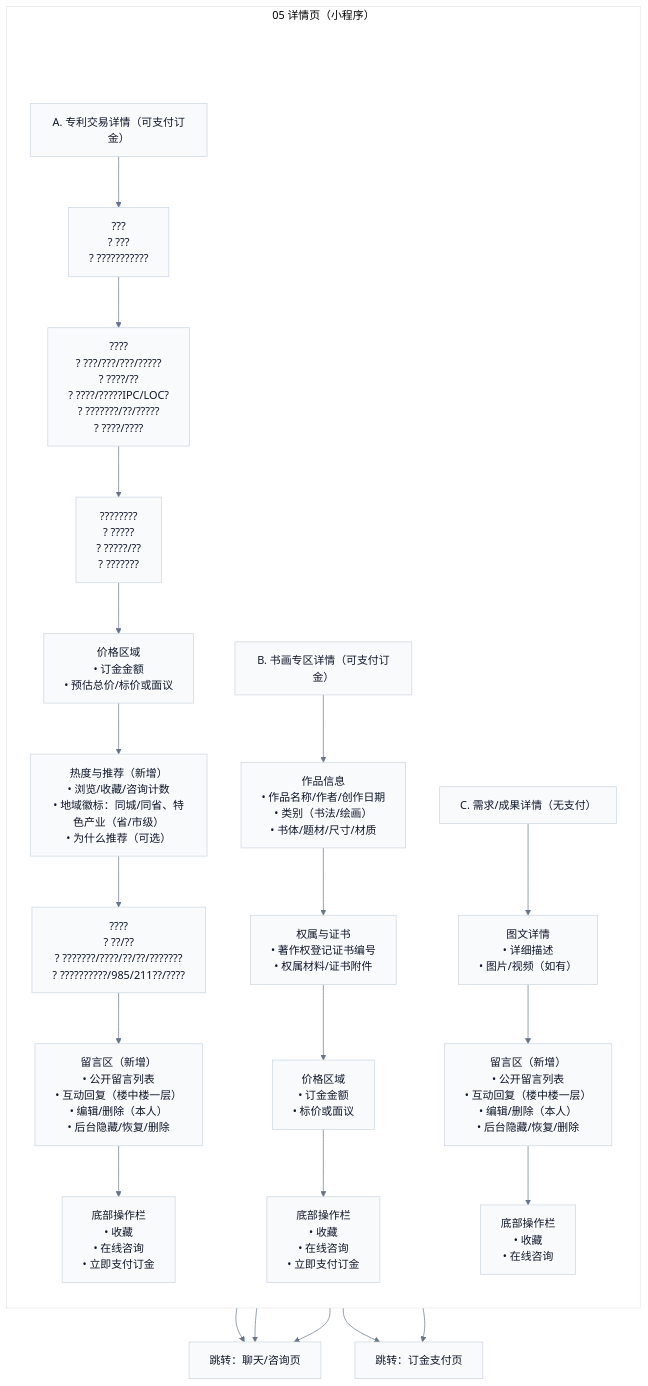
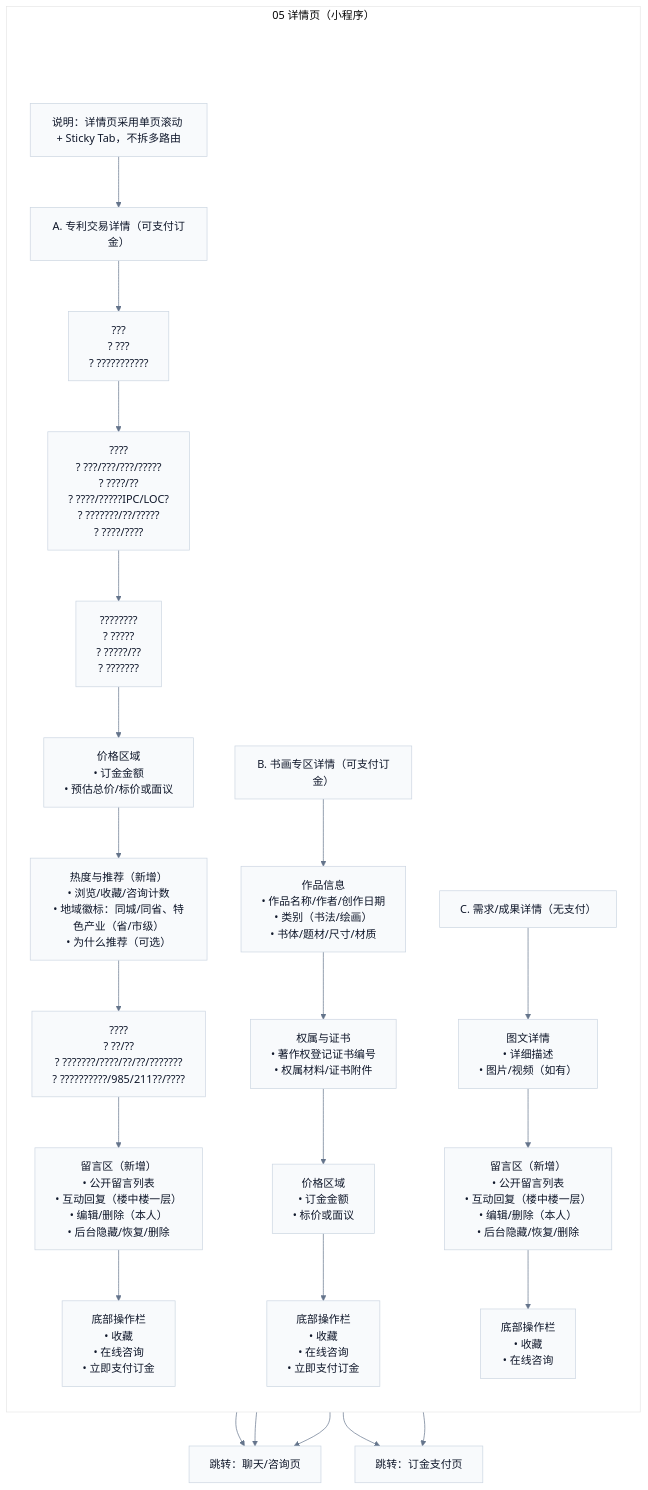
The diagram in docs/demo/pages/miniapp/05-detail.mmd (Ming-1984/Ipmoney), drawn with Mermaid before and after one commit. The commit also changed 116 other files, not shown here.

```diff
--- a/docs/demo/pages/miniapp/05-detail.mmd
+++ b/docs/demo/pages/miniapp/05-detail.mmd
@@ -1,45 +1,46 @@
 %%{init: {'theme':'base','flowchart': {'htmlLabels': true},'themeVariables': {'fontFamily': 'Inter, Microsoft YaHei, sans-serif','lineColor':'#64748B','primaryTextColor':'#0F172A','primaryBorderColor':'#CBD5E1','primaryColor':'#F8FAFC'}}}%%
 flowchart TB
   subgraph P["05 详情页（小程序）"]
     direction TB
     Pad[" "]:::pad
+    Note["说明：详情页采用单页滚动 + Sticky Tab，不拆多路由"]:::section
 
     TitleA["A. 专利交易详情（可支付订金）"]:::section
     Media["???<br/>? ???<br/>? ???????????"]
     Info["????<br/>? ???/???/???/?????<br/>? ????/??<br/>? ????/?????IPC/LOC?<br/>? ???????/??/?????<br/>? ????/????"]
     Spec["????????<br/>? ?????<br/>? ?????/??<br/>? ???????"]
     Price["价格区域<br/>• 订金金额<br/>• 预估总价/标价或面议"]
     Stats["热度与推荐（新增）<br/>• 浏览/收藏/咨询计数<br/>• 地域徽标：同城/同省、特色产业（省/市级）<br/>• 为什么推荐（可选）"]
     Seller["????<br/>? ??/??<br/>? ???????/????/??/??/???????<br/>? ??????????/985/211??/????"]
     Comments["留言区（新增）<br/>• 公开留言列表<br/>• 互动回复（楼中楼一层）<br/>• 编辑/删除（本人）<br/>• 后台隐藏/恢复/删除"]
     Actions["底部操作栏<br/>• 收藏<br/>• 在线咨询<br/>• 立即支付订金"]
 
     TitleB["B. 书画专区详情（可支付订金）"]:::section
     ArtInfo["作品信息<br/>• 作品名称/作者/创作日期<br/>• 类别（书法/绘画）<br/>• 书体/题材/尺寸/材质"]
     ArtCert["权属与证书<br/>• 著作权登记证书编号<br/>• 权属材料/证书附件"]
     ArtPrice["价格区域<br/>• 订金金额<br/>• 标价或面议"]
     ArtActions["底部操作栏<br/>• 收藏<br/>• 在线咨询<br/>• 立即支付订金"]
 
     TitleC["C. 需求/成果详情（无支付）"]:::section
     Content["图文详情<br/>• 详细描述<br/>• 图片/视频（如有）"]
     Comments2["留言区（新增）<br/>• 公开留言列表<br/>• 互动回复（楼中楼一层）<br/>• 编辑/删除（本人）<br/>• 后台隐藏/恢复/删除"]
     Actions2["底部操作栏<br/>• 收藏<br/>• 在线咨询"]
 
-    Pad --> TitleA
+    Pad --> Note --> TitleA
     TitleA --> Media --> Info --> Spec --> Price --> Stats --> Seller --> Comments --> Actions
 
     TitleB --> ArtInfo --> ArtCert --> ArtPrice --> ArtActions
     TitleC --> Content --> Comments2 --> Actions2
   end
 
   Msg["跳转：聊天/咨询页"]
   Checkout["跳转：订金支付页"]
   Actions --> Msg
   Actions --> Checkout
   ArtActions --> Msg
   ArtActions --> Checkout
   Actions2 --> Msg
 
   classDef pad fill:transparent,stroke:transparent,color:transparent;
   classDef section fill:#F8FAFC,stroke:#CBD5E1,color:#0F172A;
   linkStyle 0 stroke:transparent,fill:transparent;
```
